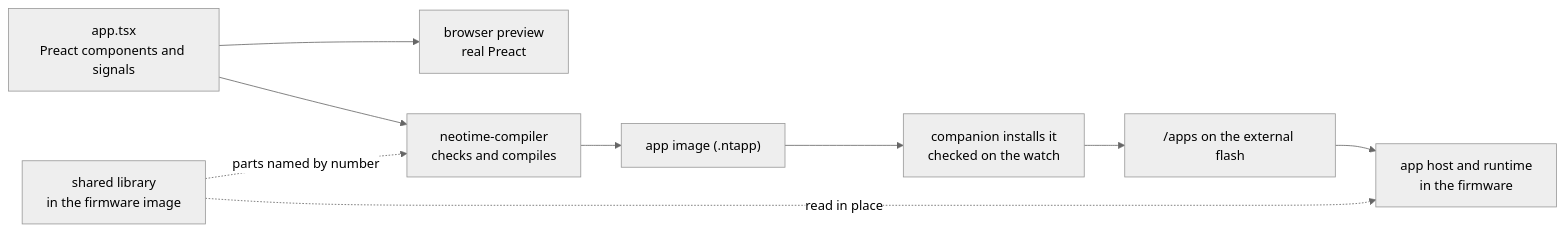
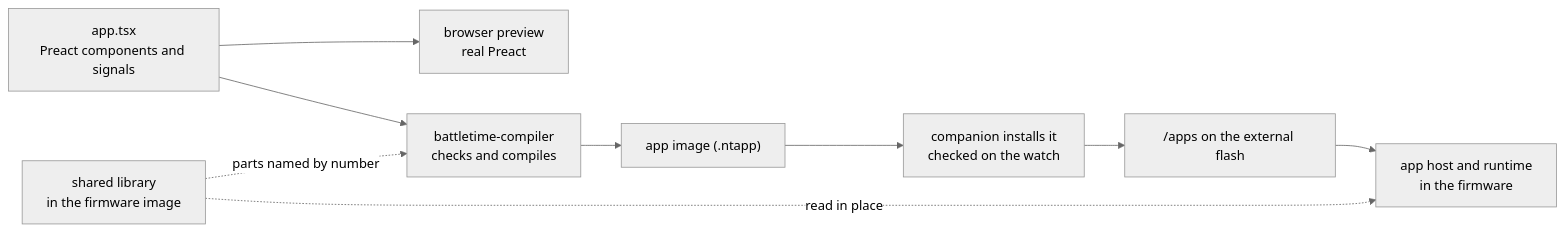
One commit to BeatLink/BattleTime changed the diagram in docs/app-runtime.md. Above: the diagram before and after it, drawn with Mermaid (neutral theme). The commit also changed other lines of this file and 1595 other files, not shown here.

````diff
--- a/docs/app-runtime.md
+++ b/docs/app-runtime.md
@@ -51,16 +51,16 @@
 ```mermaid
 flowchart LR
     source["app.tsx<br/>Preact components and signals"]
     preview["browser preview<br/>real Preact"]
-    compiler["neotime-compiler<br/>checks and compiles"]
+    compiler["battletime-compiler<br/>checks and compiles"]
     image["app image (.ntapp)"]
     install["companion installs it<br/>checked on the watch"]
     store["/apps on the external flash"]
     host["app host and runtime<br/>in the firmware"]
     library["shared library<br/>in the firmware image"]
 
     source --> compiler --> image --> install --> store --> host
     source --> preview
     library -. "parts named by number" .-> compiler
     library -. "read in place" .-> host
 ```
````
